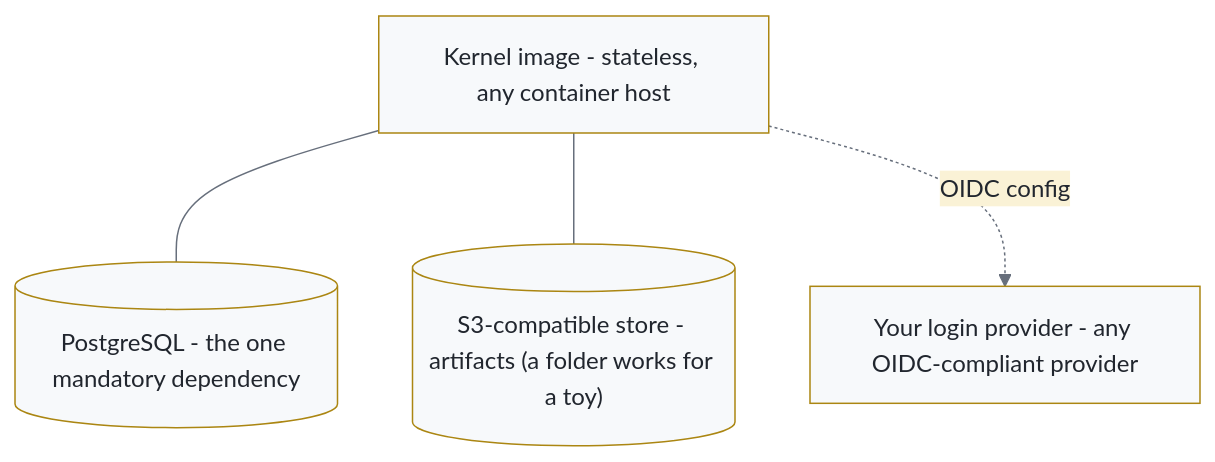
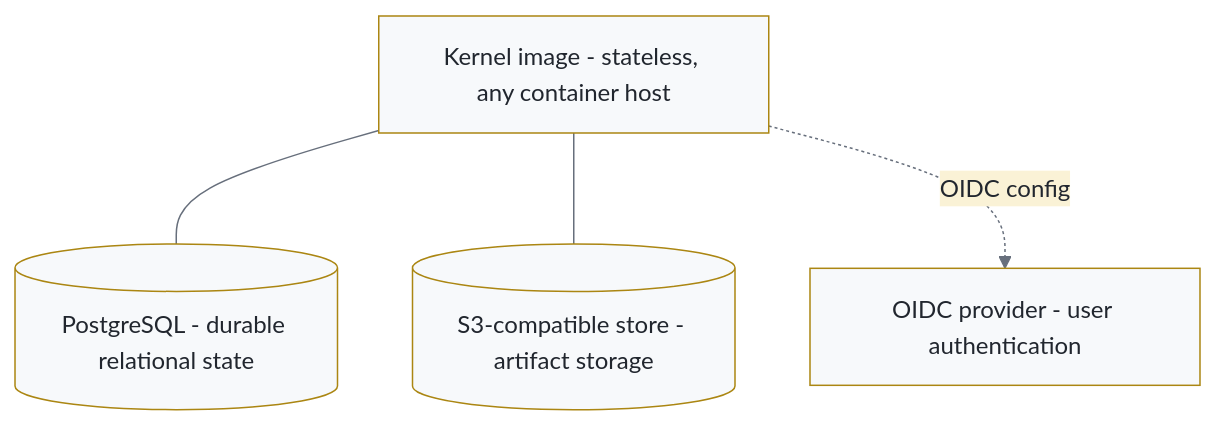
The diagram in site/src/pages/artifacts.md (denisekart/open-facilitator), drawn with Mermaid before and after one commit. The commit also changed other lines of this file and 13 other files, not shown here.

````diff
--- a/site/src/pages/artifacts.md
+++ b/site/src/pages/artifacts.md
@@ -30,9 +21,7 @@
 ```mermaid title="What must run beside the kernel image"
-%%{init: {"theme": "base", "themeVariables": {"primaryColor": "#f7f9fb",
-"primaryBorderColor": "#ab8612", "primaryTextColor": "#21262e",
-"lineColor": "#676f7c", "secondaryColor": "#faf2d6"}}}%%
+%%{init: {"theme": "base", "themeVariables": {"primaryColor": "#f7f9fb", "primaryBorderColor": "#ab8612", "primaryTextColor": "#21262e", "lineColor": "#676f7c", "secondaryColor": "#faf2d6"}}}%%
 flowchart TB
-  K["Kernel image - stateless, any container host"] --- PG[("PostgreSQL - the one mandatory dependency")]
-  K --- ART[("S3-compatible store - artifacts (a folder works for a toy)")]
-  K -.OIDC config.-> IDP["Your login provider - any OIDC-compliant provider"]
+  K["Kernel image - stateless, any container host"] --- PG[("PostgreSQL - durable relational state")]
+  K --- ART[("S3-compatible store - artifact storage")]
+  K -.OIDC config.-> IDP["OIDC provider - user authentication"]
 ```
````
